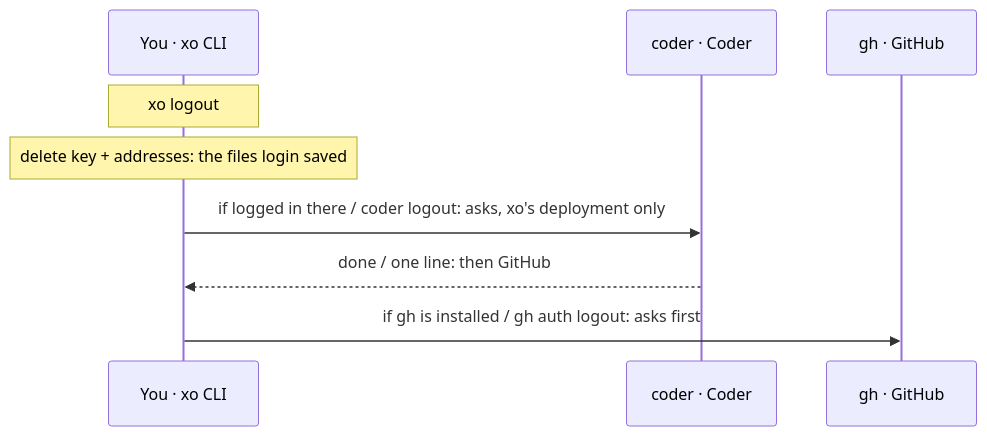
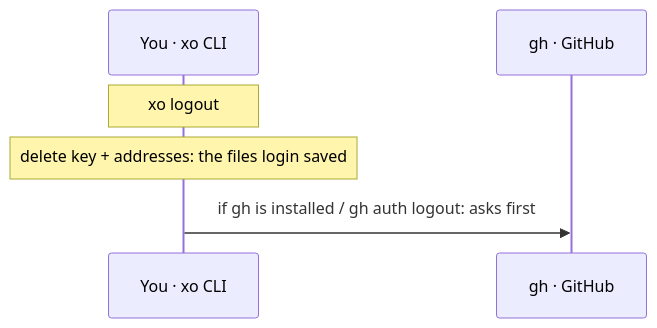
The fourth of 30 diagrams in docs/architecture.md (quirq-ai/xo), drawn with Mermaid before and after one commit. The commit also changed other lines of this file and 18 other files, not shown here.

````diff
--- a/docs/architecture.md
+++ b/docs/architecture.md
@@ -137,11 +128,8 @@
 ```mermaid
 sequenceDiagram
   participant Cli as You · xo CLI
-  participant Coder as coder · Coder
   participant Gh as gh · GitHub
   Note over Cli: xo logout
   Note over Cli: delete key + addresses: the files login saved
-  Cli->>Coder: if logged in there / coder logout: asks, xo's deployment only
-  Coder-->>Cli: done / one line: then GitHub
   Cli->>Gh: if gh is installed / gh auth logout: asks first
 ```
````
